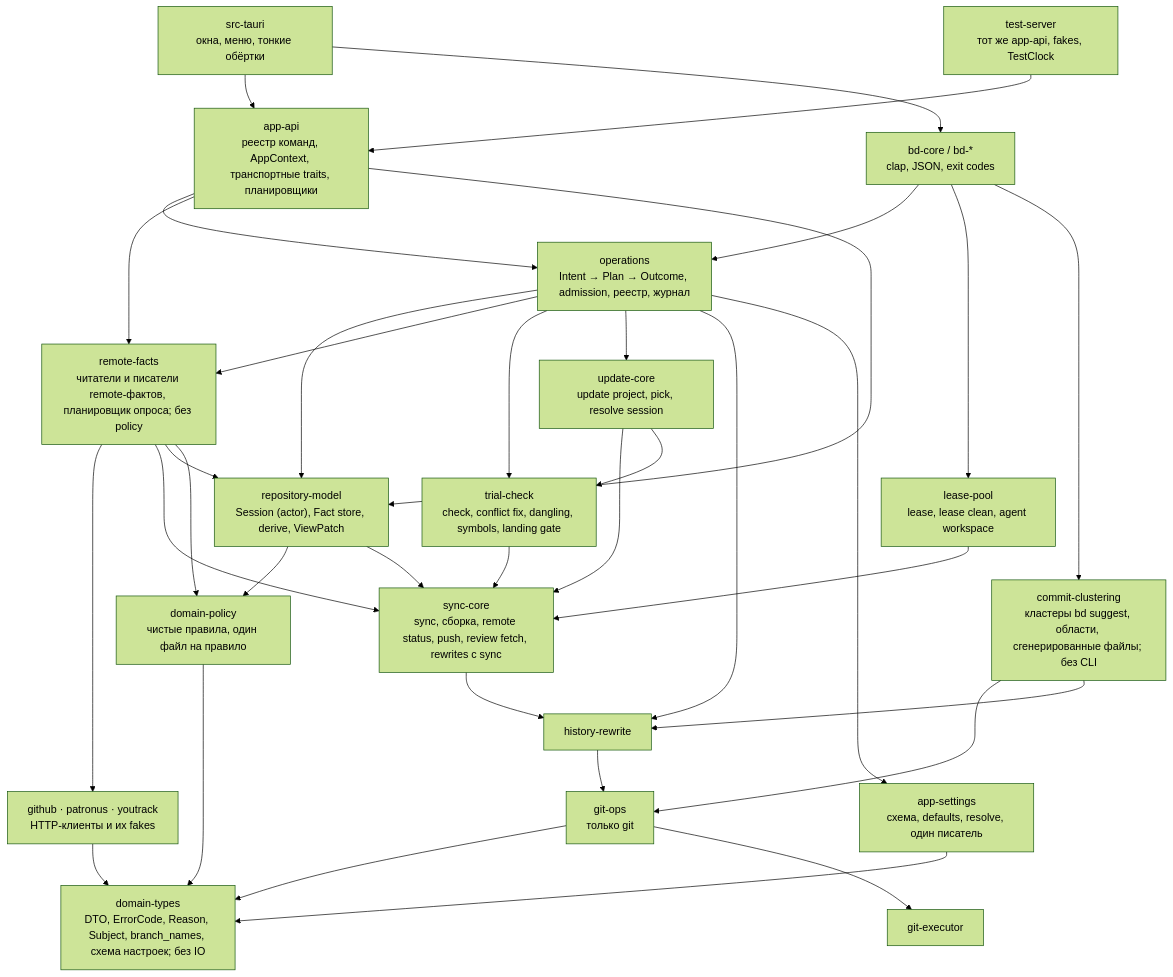
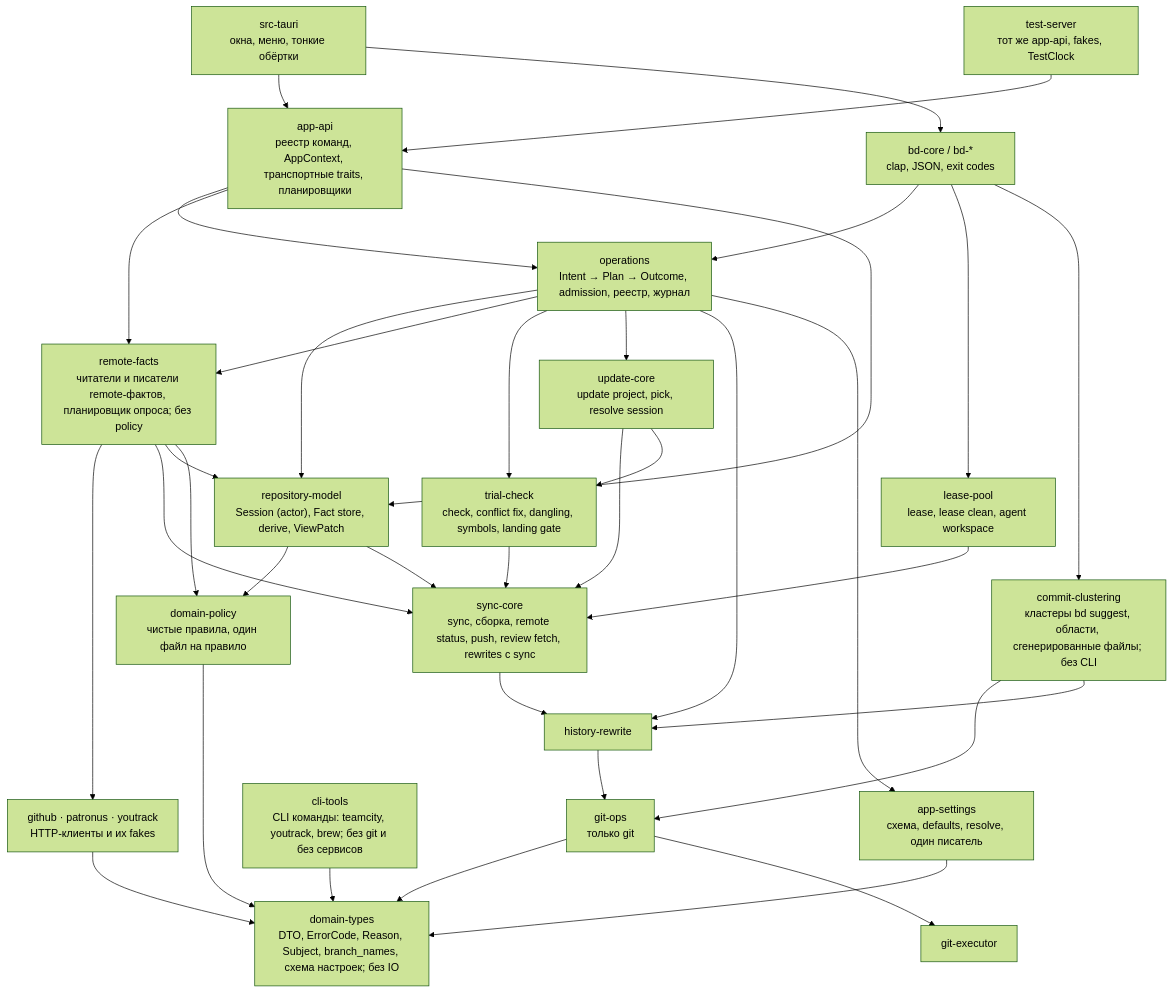
The first of 2 diagrams in docs/design/rust-domain-authority.md (develar/branch-deck), drawn with Mermaid (forest theme) before and after one commit. The commit also changed other lines of this file and 53 other files, not shown here.

First line of the commit message:
feat(tools): the teamcity and youtrack CLIs in Settings → Tools, installed and updated through Homebrew

````diff
--- a/docs/design/rust-domain-authority.md
+++ b/docs/design/rust-domain-authority.md
@@ -230,23 +230,24 @@
 ```mermaid
 flowchart TD
   T["domain-types<br/>DTO, ErrorCode, Reason, Subject, branch_names, схема настроек; без IO"]
   P["domain-policy<br/>чистые правила, один файл на правило"] --> T
   E["git-executor"]
   G["git-ops<br/>только git"] --> T & E
   H["history-rewrite"] --> G
   S["sync-core<br/>sync, сборка, remote status, push, review fetch, rewrites с sync"] --> H
   C["trial-check<br/>check, conflict fix, dangling, symbols, landing gate"] --> S
   U["update-core<br/>update project, pick, resolve session"] --> S & C
   L["lease-pool<br/>lease, lease clean, agent workspace"] --> S
   CL["commit-clustering<br/>кластеры bd suggest, области, сгенерированные файлы; без CLI"] --> G & H
   GH["github · patronus · youtrack<br/>HTTP-клиенты и их fakes"] --> T
+  CT["cli-tools<br/>CLI команды: teamcity, youtrack, brew; без git и без сервисов"] --> T
   RF["remote-facts<br/>читатели и писатели remote-фактов, планировщик опроса; без policy"] --> GH & S & M & P
   M["repository-model<br/>Session (actor), Fact store, derive, ViewPatch"] --> P & S
   ST["app-settings<br/>схема, defaults, resolve, один писатель"] --> T
   O["operations<br/>Intent → Plan → Outcome, admission, реестр, журнал"] --> M & RF & C & U & H & ST
   API["app-api<br/>реестр команд, AppContext, транспортные traits, планировщики"] --> O & RF & M
   TAURI["src-tauri<br/>окна, меню, тонкие обёртки"] --> API
   TS["test-server<br/>тот же app-api, fakes, TestClock"] --> API
   BD["bd-core / bd-*<br/>clap, JSON, exit codes"] --> O & L & CL
   TAURI --> BD
 ```
````
